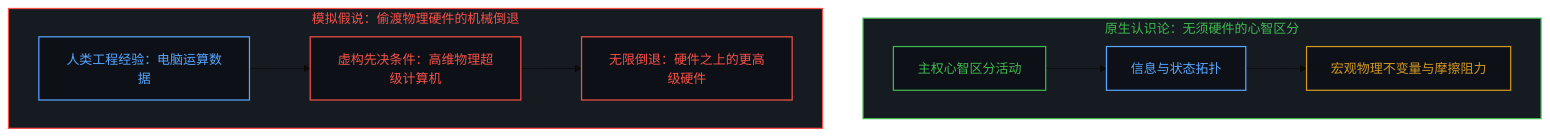
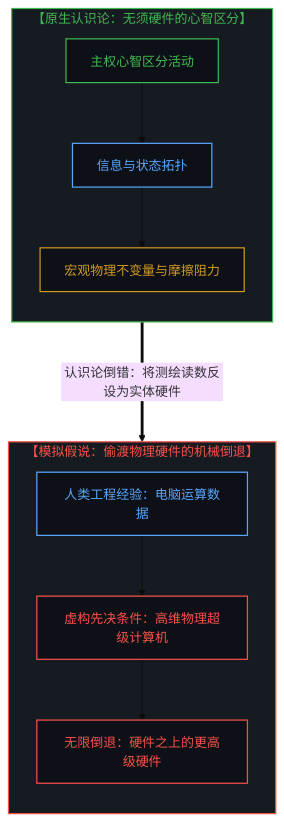
Before and after one commit to powerpig99/not-a-toe: the first of 10 diagrams in content/posts/all-that-can-be-spoken-is-the-product-of-the-unspeakable.md, drawn with Mermaid (base theme). The commit also changed other lines of this file and 1 other file, not shown here.

Commit message:
Convert Post #333 Mermaid diagrams to strictly vertical mobile-friendly top-down flow and add audit invariant

````diff
--- a/content/posts/all-that-can-be-spoken-is-the-product-of-the-unspeakable.md
+++ b/content/posts/all-that-can-be-spoken-is-the-product-of-the-unspeakable.md
@@ -15,25 +15,29 @@
 ```mermaid
 graph TD
     classDef default fill:#0d1117,stroke:#30363d,stroke-width:1px,color:#f0f6fc;
     classDef mind fill:#0d1117,stroke:#3fb950,stroke-width:1.5px,color:#3fb950;
     classDef failure fill:#0d1117,stroke:#f85149,stroke-width:1.5px,color:#f85149;
     classDef scaffold fill:#0d1117,stroke:#d29922,stroke-width:1.5px,color:#d29922;
     classDef model fill:#0d1117,stroke:#58a6ff,stroke-width:1.5px,color:#58a6ff;
 
-    subgraph S_True ["原生认识论：无须硬件的心智区分"]
+    subgraph S_True ["【原生认识论：无须硬件的心智区分】"]
+        direction TB
         M1["主权心智区分活动"]:::mind
         M2["信息与状态拓扑"]:::model
         M3["宏观物理不变量与摩擦阻力"]:::scaffold
         M1 --> M2 --> M3
     end
 
-    subgraph S_Fallacy ["模拟假说：偷渡物理硬件的机械倒退"]
+    subgraph S_Fallacy ["【模拟假说：偷渡物理硬件的机械倒退】"]
+        direction TB
         F1["人类工程经验：电脑运算数据"]:::model
         F2["虚构先决条件：高维物理超级计算机"]:::failure
         F3["无限倒退：硬件之上的更高级硬件"]:::failure
         F1 --> F2 --> F3
     end
 
+    M3 ===>|"认识论倒错：将测绘读数反设为实体硬件"| F1
+
     style S_True fill:#161b22,stroke:#3fb950,stroke-width:1.5px,color:#3fb950
     style S_Fallacy fill:#161b22,stroke:#f85149,stroke-width:1.5px,color:#f85149
 ```
````
